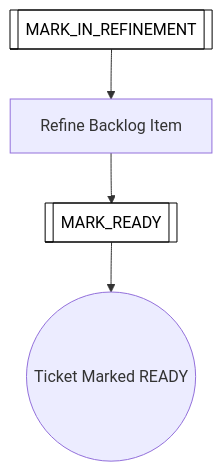
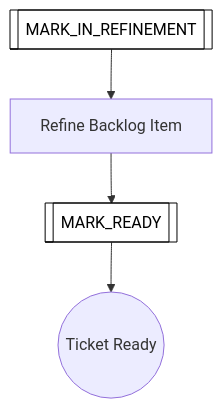
One commit to optivem/gh-optivem changed the third of 54 diagrams in docs/process-diagram.md. Above: the diagram before and after it, drawn with Mermaid. The commit also changed other lines of this file and 47 other files, not shown here.

````diff
--- a/docs/process-diagram.md
+++ b/docs/process-diagram.md
@@ -78,14 +78,14 @@
 ```mermaid
 flowchart TD
     MARK_IN_REFINEMENT[[MARK_IN_REFINEMENT]]
     MARK_READY[[MARK_READY]]
     REFINE_BACKLOG_ITEM[Refine Backlog Item]
-    REFINE_TICKET_END((Ticket Marked READY))
+    REFINE_TICKET_END((Ticket Ready))
 
     MARK_IN_REFINEMENT --> REFINE_BACKLOG_ITEM
     REFINE_BACKLOG_ITEM --> MARK_READY
     MARK_READY --> REFINE_TICKET_END
 
     classDef serviceNode fill:#ffffff,stroke:#000000,stroke-width:1px,color:#000000
     class MARK_IN_REFINEMENT,MARK_READY serviceNode
 ```
````
